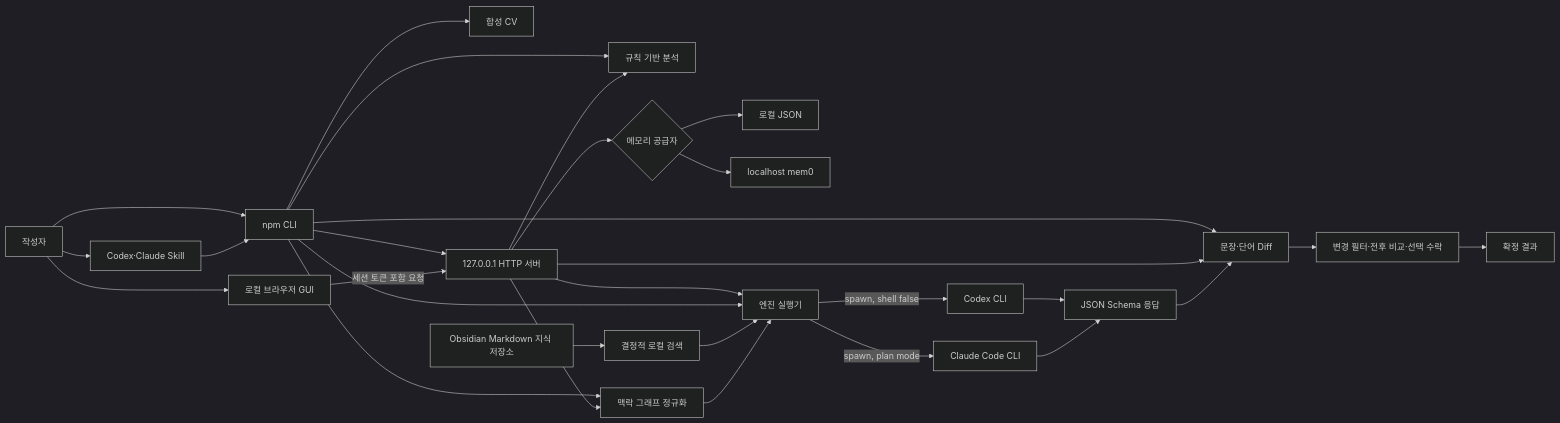
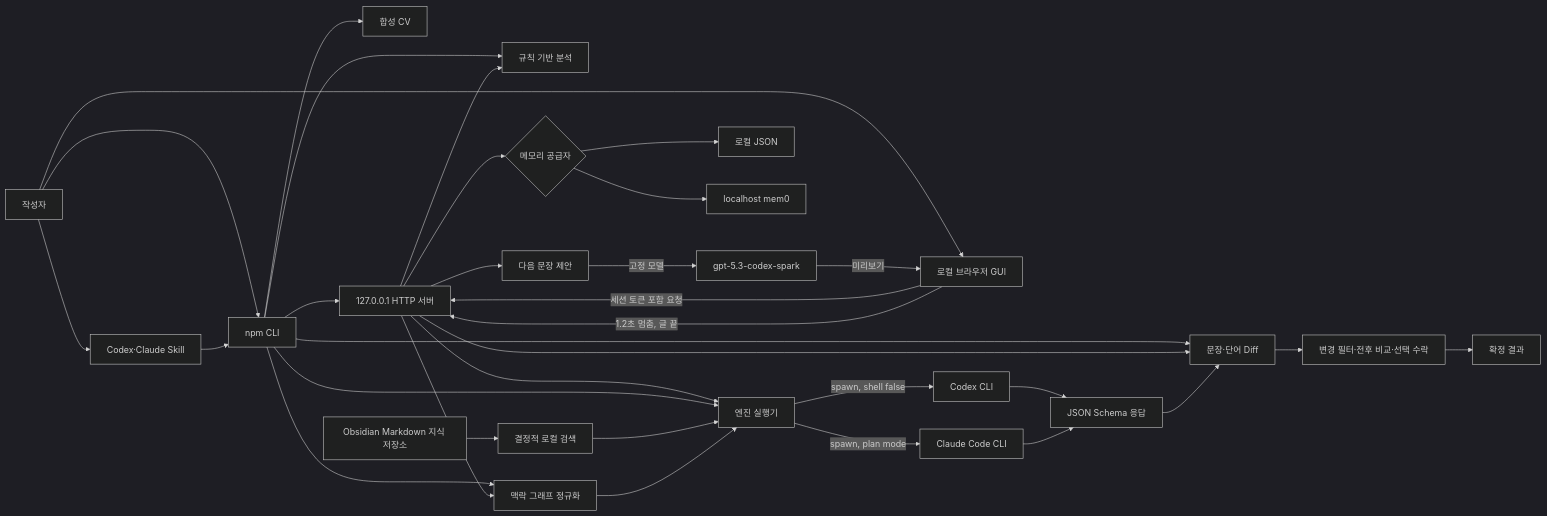
One commit to kuseumkkrkkr/KR-humanizer changed the first of 8 diagrams in README.md. Above: the diagram before and after it, drawn with Mermaid (dark theme). The commit also changed other lines of this file and 28 other files, not shown here.

Commit message:
feat: add Codex Spark sentence completion

````diff
--- a/README.md
+++ b/README.md
@@ -87,34 +91,38 @@
 ```mermaid
 flowchart LR
   Writer[작성자] --> Skill[Codex·Claude Skill]
   Writer --> CLI[npm CLI]
   Writer --> GUI[로컬 브라우저 GUI]
 
   Skill --> CLI
   CLI --> Analyze[규칙 기반 분석]
   CLI --> Context[맥락 그래프 정규화]
   CLI --> Diff[문장·단어 Diff]
   CLI --> CV[합성 CV]
   CLI --> Server[127.0.0.1 HTTP 서버]
   GUI -->|세션 토큰 포함 요청| Server
+  GUI -->|1.2초 멈춤, 글 끝| Server
+  Server --> Complete[다음 문장 제안]
+  Complete -->|고정 모델| Spark[gpt-5.3-codex-spark]
+  Spark -->|미리보기| GUI
 
   Server --> Analyze
   Server --> Context
   Server --> Diff
   Server --> Memory{메모리 공급자}
   Memory --> Local[로컬 JSON]
   Memory --> Mem0[localhost mem0]
 
   Server --> Runner[엔진 실행기]
   CLI --> Runner
   Runner -->|spawn, shell false| Codex[Codex CLI]
   Runner -->|spawn, plan mode| Claude[Claude Code CLI]
   Vault[Obsidian Markdown 지식 저장소] --> Retriever[결정적 로컬 검색]
   Retriever --> Runner
   Context --> Runner
   Codex --> Schema[JSON Schema 응답]
   Claude --> Schema
   Schema --> Diff
   Diff --> Review[변경 필터·전후 비교·선택 수락]
   Review --> Result[확정 결과]
 ```
````
